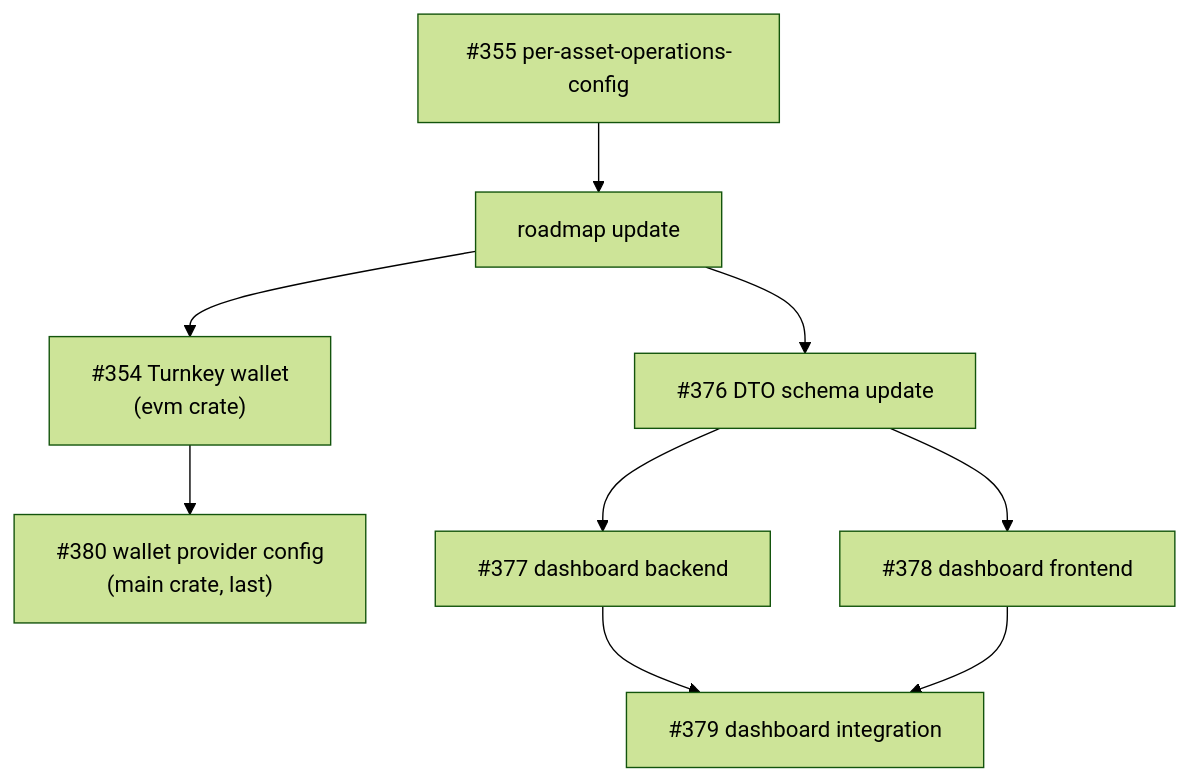
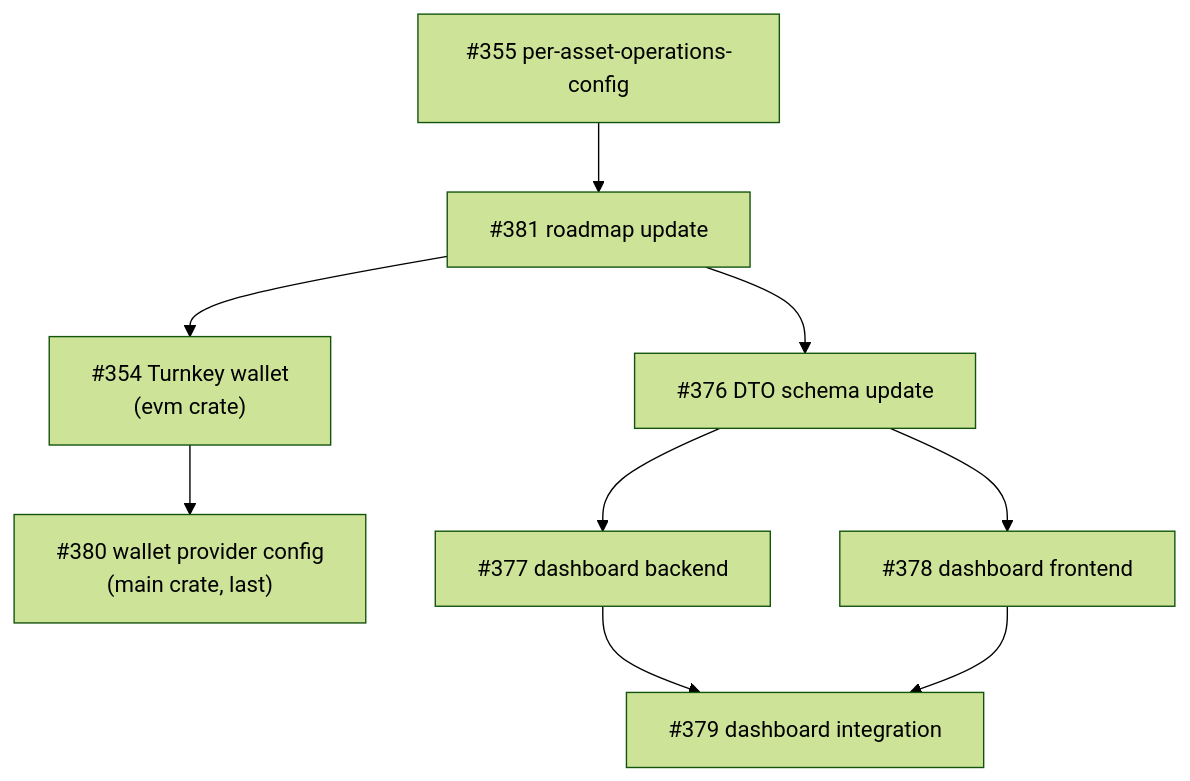
One commit to ST0x-Technology/st0x.liquidity changed the diagram in ROADMAP.md. Above: the diagram before and after it, drawn with Mermaid (forest theme).

Commit message:
add PR #381 tag to roadmap update node in mermaid diagram

````diff
--- a/ROADMAP.md
+++ b/ROADMAP.md
@@ -10,11 +10,11 @@
 ```mermaid
 graph TD
-    A["#355 per-asset-operations-config"] --> B["roadmap update"]
+    A["#355 per-asset-operations-config"] --> B["#381 roadmap update"]
     B --> C["#354 Turnkey wallet<br/>(evm crate)"]
     B --> D["#376 DTO schema update"]
     C --> E["#380 wallet provider config<br/>(main crate, last)"]
     D --> F["#377 dashboard backend"]
     D --> G["#378 dashboard frontend"]
     F --> H["#379 dashboard integration"]
     G --> H
 ```
````
